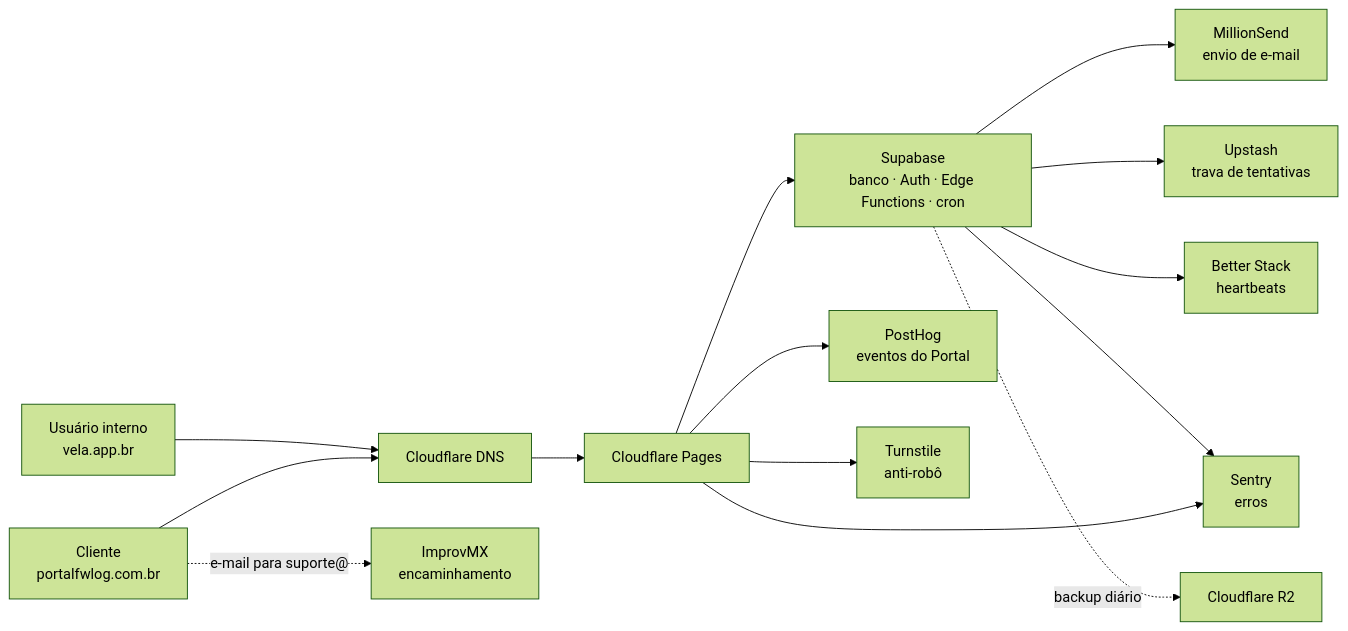
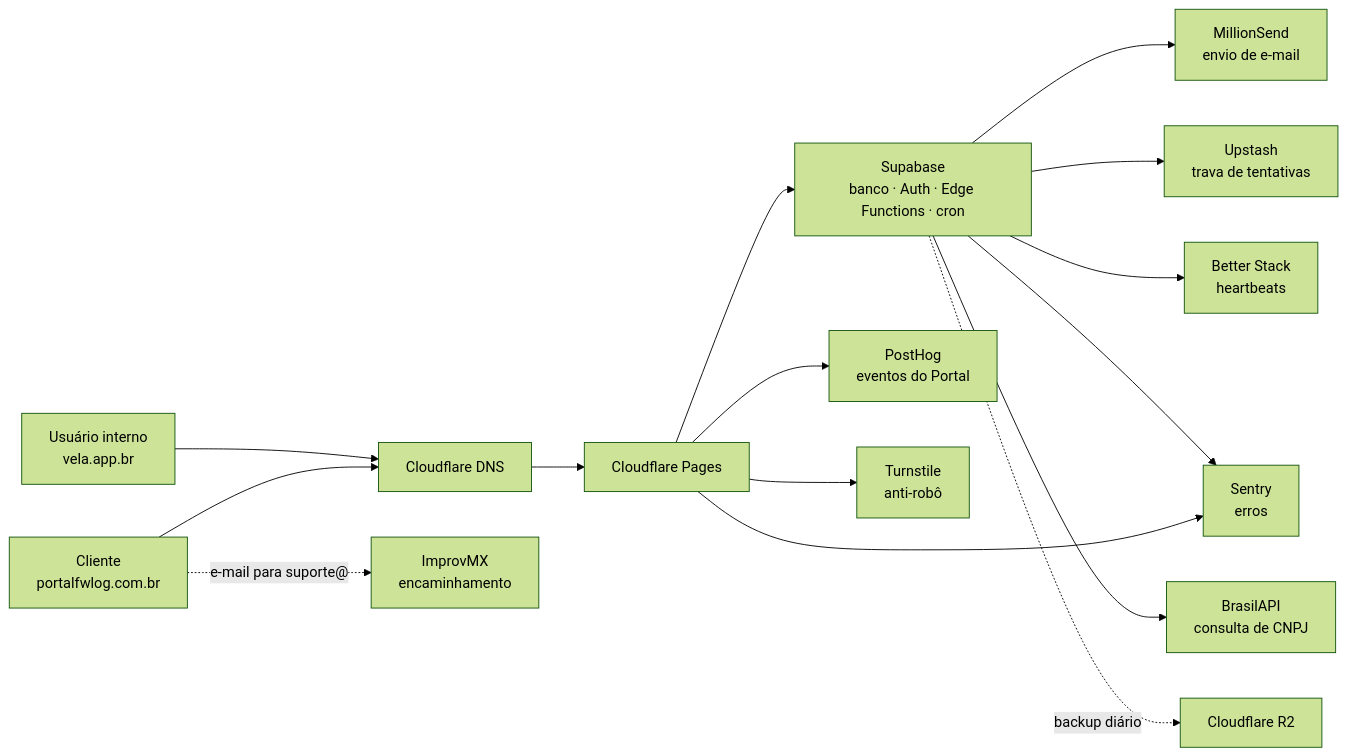
The diagram in docs/operations/servicos-externos.md (luccafwlog/vela), drawn with Mermaid (forest theme) before and after one commit. The commit also changed other lines of this file and 23 other files, not shown here.

First line of the commit message:
Novo cliente: dados da Receita pelo CNPJ (BrasilAPI)

````diff
--- a/docs/operations/servicos-externos.md
+++ b/docs/operations/servicos-externos.md
@@ -16,16 +16,17 @@
 ```mermaid
 flowchart LR
     U["Usuário interno<br/>vela.app.br"] --> DNS["Cloudflare DNS"]
     C["Cliente<br/>portalfwlog.com.br"] --> DNS
     DNS --> HOST["Cloudflare Pages"]
     HOST --> SB["Supabase<br/>banco · Auth · Edge Functions · cron"]
     SB --> RS["MillionSend<br/>envio de e-mail"]
     SB --> UP["Upstash<br/>trava de tentativas"]
     SB --> BS["Better Stack<br/>heartbeats"]
     SB --> SE["Sentry<br/>erros"]
+    SB --> BR["BrasilAPI<br/>consulta de CNPJ"]
     HOST --> SE
     HOST --> PH["PostHog<br/>eventos do Portal"]
     HOST --> TS["Turnstile<br/>anti-robô"]
     C -. "e-mail para suporte@" .-> IM["ImprovMX<br/>encaminhamento"]
     SB -. "backup diário" .-> R2["Cloudflare R2"]
 ```
````
